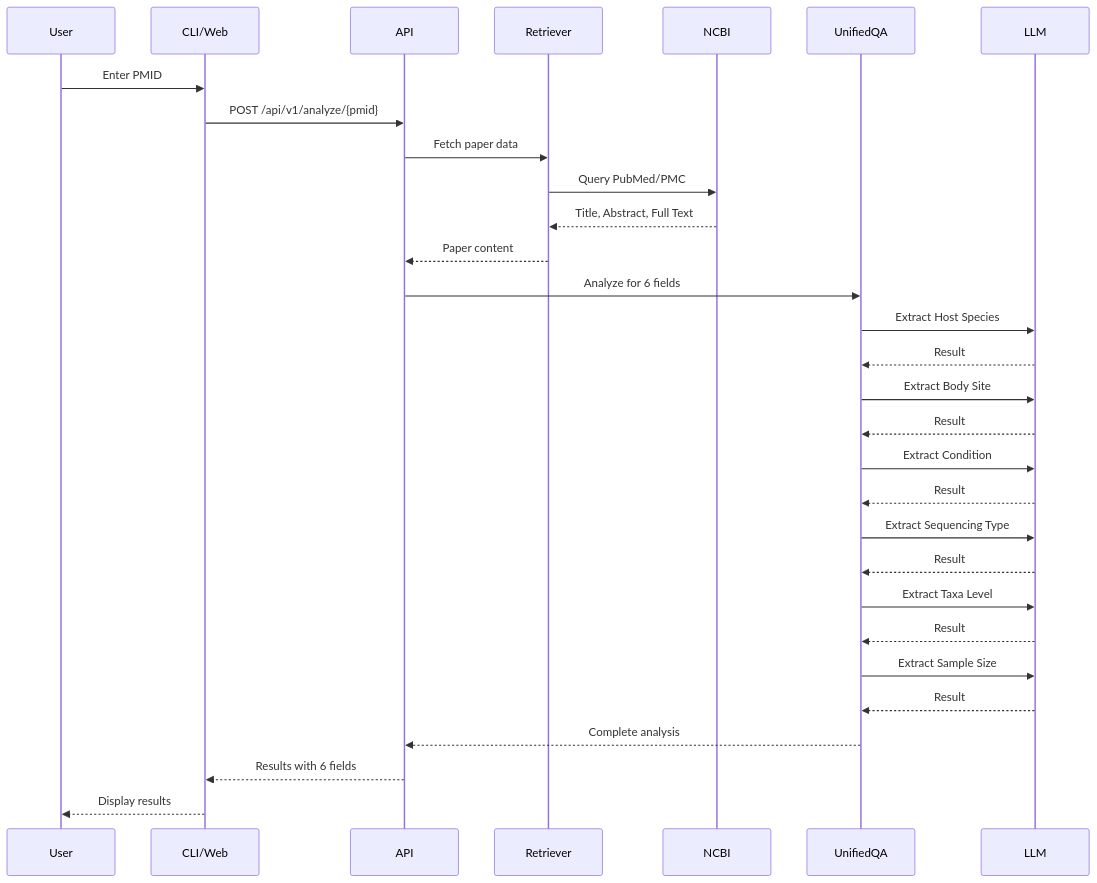
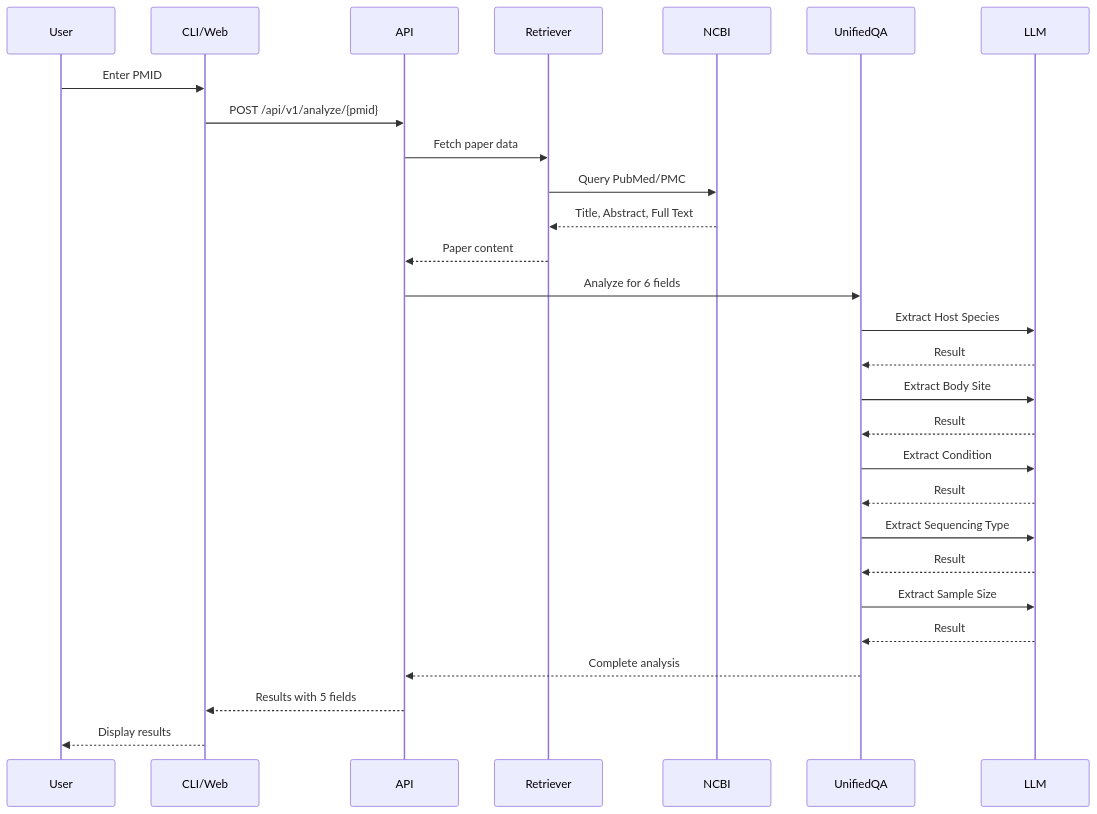
Before and after one commit to waldronlab/bioanalyzer-backend: the second of 6 diagrams in docs/ARCHITECTURE_FLOW.md, drawn with Mermaid. The commit also changed 43 other files, not shown here.

````diff
--- a/docs/ARCHITECTURE_FLOW.md
+++ b/docs/ARCHITECTURE_FLOW.md
@@ -150,35 +150,33 @@
 ```mermaid
 sequenceDiagram
     participant User
     participant CLI/Web
     participant API
     participant Retriever
     participant NCBI
     participant UnifiedQA
     participant LLM
     
     User->>CLI/Web: Enter PMID
     CLI/Web->>API: POST /api/v1/analyze/{pmid}
     API->>Retriever: Fetch paper data
     Retriever->>NCBI: Query PubMed/PMC
     NCBI-->>Retriever: Title, Abstract, Full Text
     Retriever-->>API: Paper content
     
     API->>UnifiedQA: Analyze for 6 fields
     UnifiedQA->>LLM: Extract Host Species
     LLM-->>UnifiedQA: Result
     UnifiedQA->>LLM: Extract Body Site
     LLM-->>UnifiedQA: Result
     UnifiedQA->>LLM: Extract Condition
     LLM-->>UnifiedQA: Result
     UnifiedQA->>LLM: Extract Sequencing Type
     LLM-->>UnifiedQA: Result
-    UnifiedQA->>LLM: Extract Taxa Level
-    LLM-->>UnifiedQA: Result
     UnifiedQA->>LLM: Extract Sample Size
     LLM-->>UnifiedQA: Result
     
     UnifiedQA-->>API: Complete analysis
-    API-->>CLI/Web: Results with 6 fields
+    API-->>CLI/Web: Results with 5 fields
     CLI/Web-->>User: Display results
 ```
````
